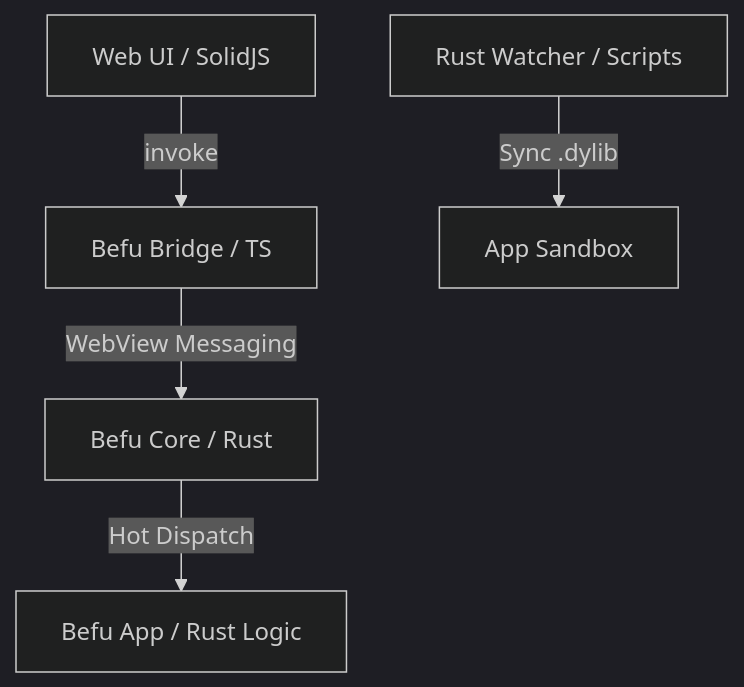
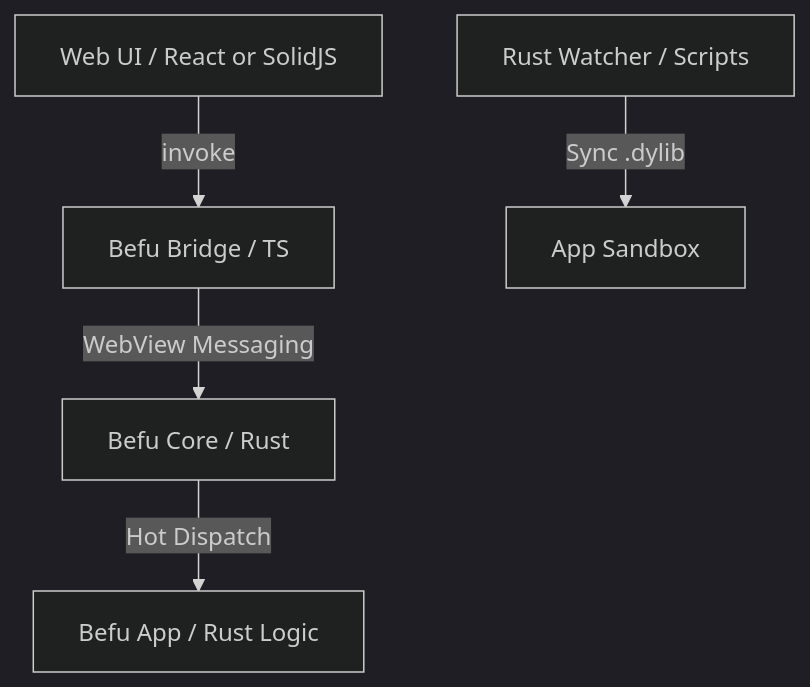
One commit to itisrohit/Befu changed the diagram in tools/create-befu-app/template/README.md. Above: the diagram before and after it, drawn with Mermaid (dark theme). The commit also changed other lines of this file and 42 other files, not shown here.

````diff
--- a/tools/create-befu-app/template/README.md
+++ b/tools/create-befu-app/template/README.md
@@ -11,7 +11,7 @@
 ```mermaid
 graph TD
-    UI[Web UI / SolidJS] -->|invoke| Bridge[Befu Bridge / TS]
+    UI[Web UI / React or SolidJS] -->|invoke| Bridge[Befu Bridge / TS]
     Bridge -->|WebView Messaging| Core[Befu Core / Rust]
     Core -->|Hot Dispatch| App[Befu App / Rust Logic]
     Watcher[Rust Watcher / Scripts] -->|Sync .dylib| Files[App Sandbox]
 ```
````
